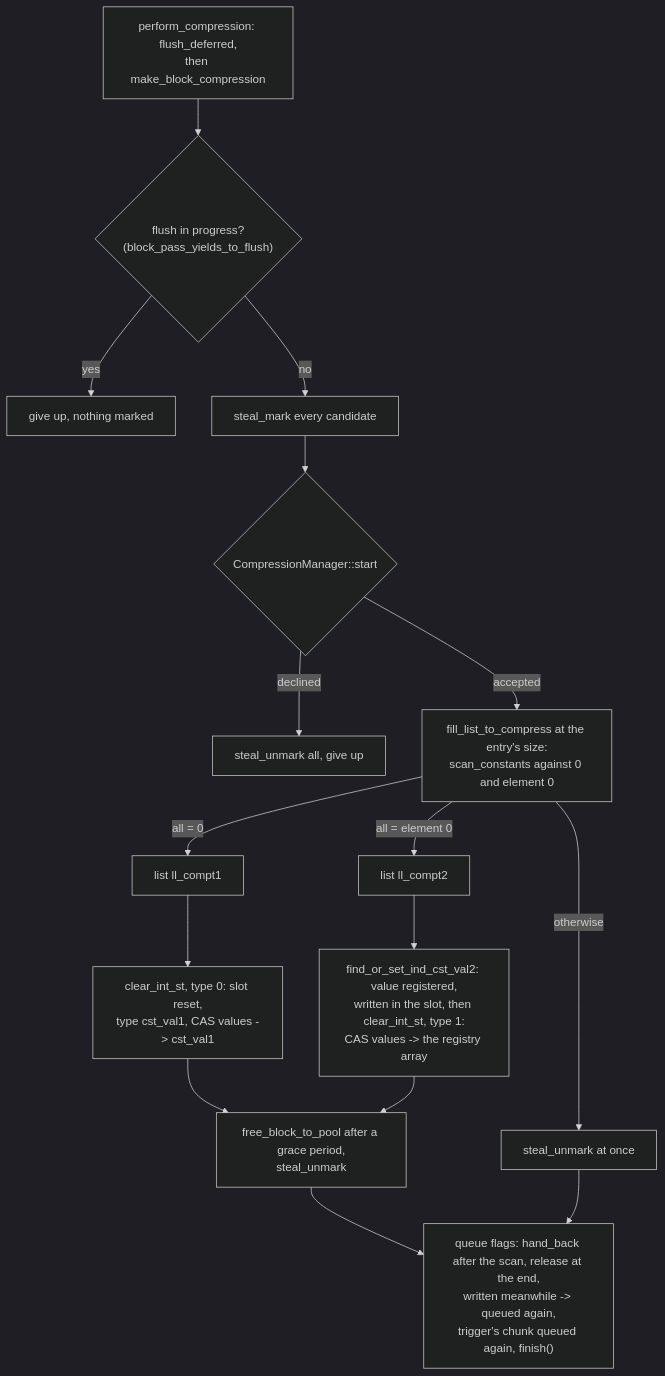
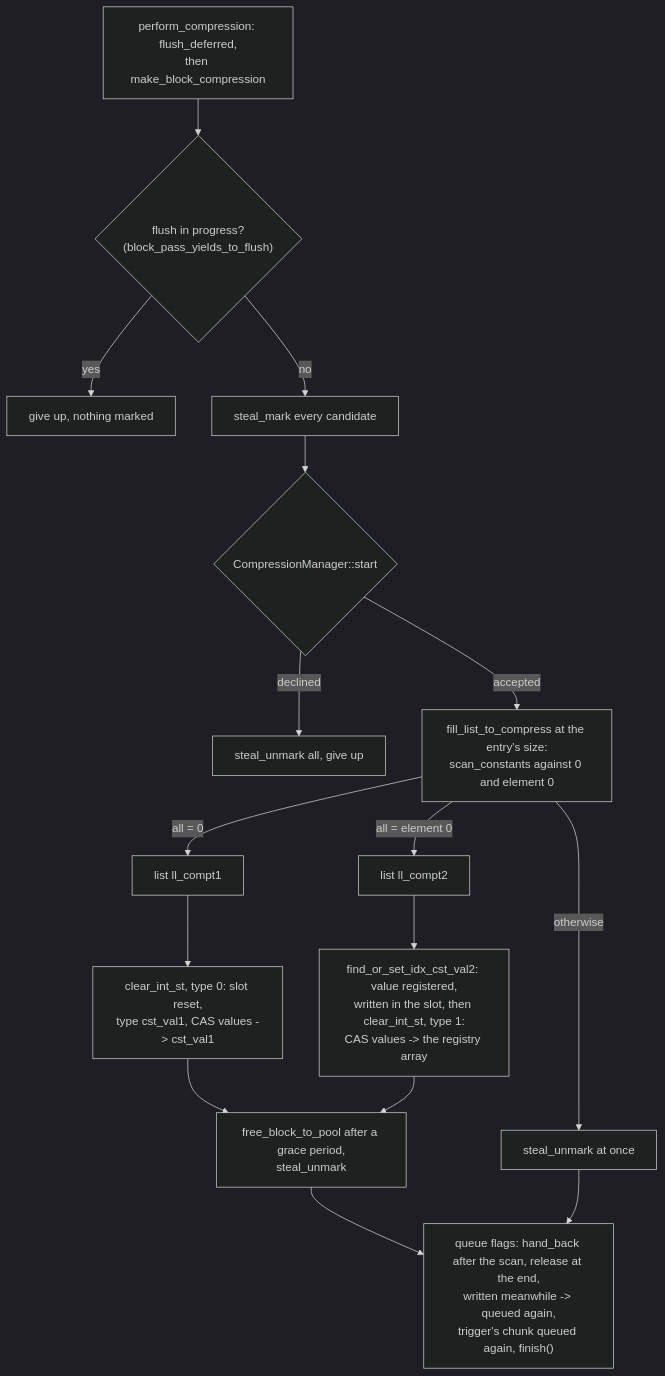
One commit to cea-hpc/shrink-array changed the first of 2 diagrams in docs/algo_zero_any.md. Above: the diagram before and after it, drawn with Mermaid (dark theme). The commit also changed other lines of this file and 61 other files, not shown here.

First line of the commit message:
French names in English (3/4): ind (indice) is idx, IndType is IndexType

````diff
--- a/docs/algo_zero_any.md
+++ b/docs/algo_zero_any.md
@@ -133,18 +133,18 @@
 ```mermaid
 flowchart TD
     A["perform_compression: flush_deferred,<br/>then make_block_compression"] --> B{"flush in progress?<br/>(block_pass_yields_to_flush)"}
     B -->|yes| B1["give up, nothing marked"]
     B -->|no| C["steal_mark every candidate"]
     C --> D{"CompressionManager::start"}
     D -->|declined| D1["steal_unmark all, give up"]
     D -->|accepted| E["fill_list_to_compress at the entry's size:<br/>scan_constants against 0 and element 0"]
     E -->|"all = 0"| F["list ll_compt1"]
     E -->|"all = element 0"| G["list ll_compt2"]
     E -->|"otherwise"| N["steal_unmark at once"]
     F --> F1["clear_int_st, type 0: slot reset,<br/>type cst_val1, CAS values -> cst_val1"]
-    G --> G1["find_or_set_ind_cst_val2: value registered,<br/>written in the slot, then clear_int_st, type 1:<br/>CAS values -> the registry array"]
+    G --> G1["find_or_set_idx_cst_val2: value registered,<br/>written in the slot, then clear_int_st, type 1:<br/>CAS values -> the registry array"]
     F1 --> R["free_block_to_pool after a grace period,<br/>steal_unmark"]
     G1 --> R
     R --> K["queue flags: hand_back after the scan, release at the end,<br/>written meanwhile -> queued again,<br/>trigger's chunk queued again, finish()"]
     N --> K
 ```
````
